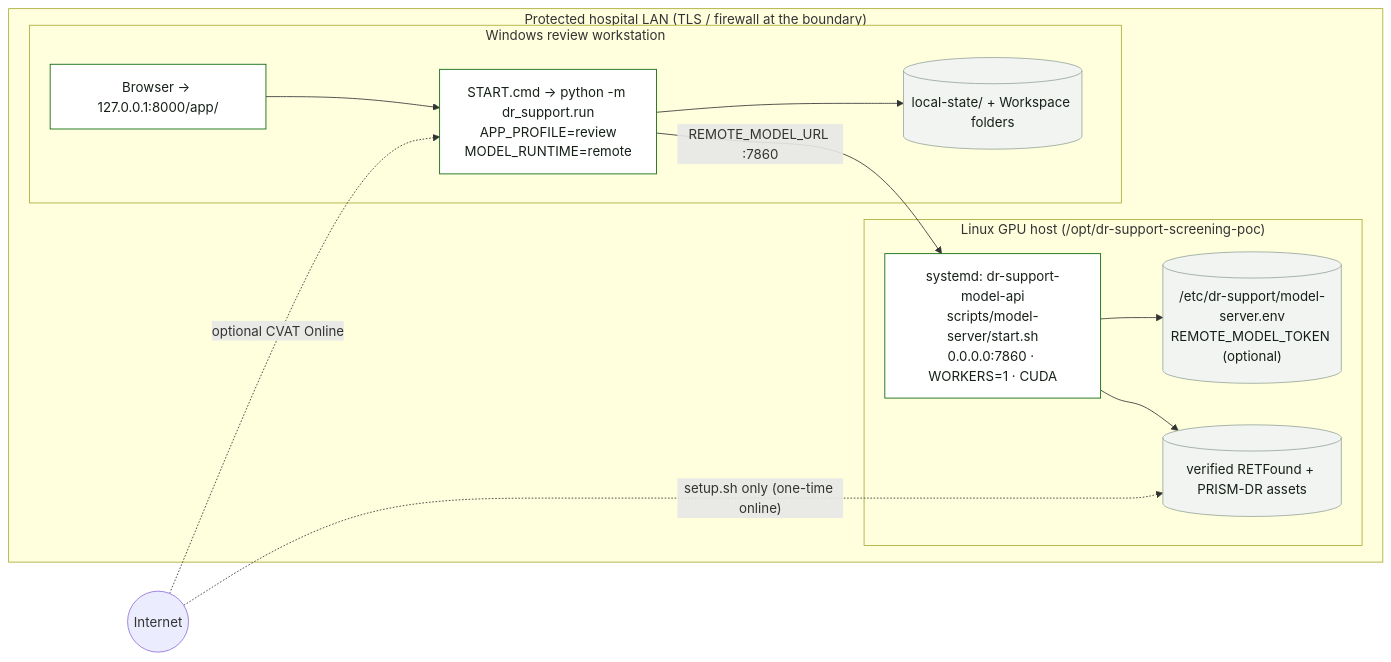
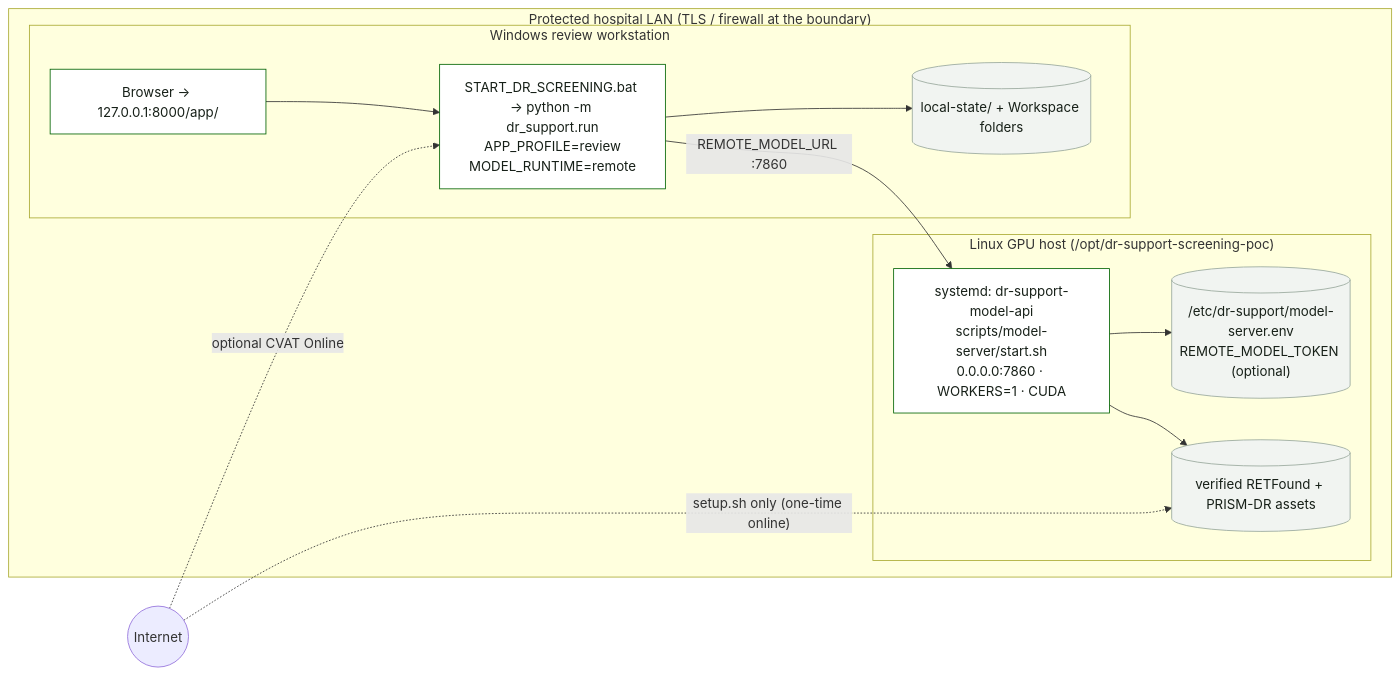
One commit to siriponsri/dr-support-screening-poc changed the diagram in docs/adr/architecture/07-deployment-topology.mmd. Above: the diagram before and after it, drawn with Mermaid. The commit also changed 32 other files, not shown here.

```diff
--- a/docs/adr/architecture/07-deployment-topology.mmd
+++ b/docs/adr/architecture/07-deployment-topology.mmd
@@ -1,25 +1,25 @@
 %% Deployment view
 flowchart LR
   subgraph lan["Protected hospital LAN (TLS / firewall at the boundary)"]
     subgraph wsn["Windows review workstation"]
       b["Browser → 127.0.0.1:8000/app/"]
-      w["START.cmd → python -m dr_support.run<br/>APP_PROFILE=review<br/>MODEL_RUNTIME=remote"]
+      w["START_DR_SCREENING.bat → python -m dr_support.run<br/>APP_PROFILE=review<br/>MODEL_RUNTIME=remote"]
       ls[("local-state/ + Workspace folders")]
     end
     subgraph gpun["Linux GPU host (/opt/dr-support-screening-poc)"]
       sd["systemd: dr-support-model-api<br/>scripts/model-server/start.sh<br/>0.0.0.0:7860 · WORKERS=1 · CUDA"]
       env[("/etc/dr-support/model-server.env<br/>REMOTE_MODEL_TOKEN (optional)")]
       as[("verified RETFound + PRISM-DR assets")]
     end
   end
   inet(("Internet"))
   b --> w --> ls
   w -- "REMOTE_MODEL_URL :7860" --> sd
   sd --> env
   sd --> as
   inet -. "setup.sh only (one-time online)" .-> as
   inet -. "optional CVAT Online" .-> w
   classDef n fill:#FFFFFF,stroke:#016301,color:#172018
   classDef d fill:#F1F4F1,stroke:#98A79B,color:#172018
   class b,w,sd n
   class ls,env,as d
```
